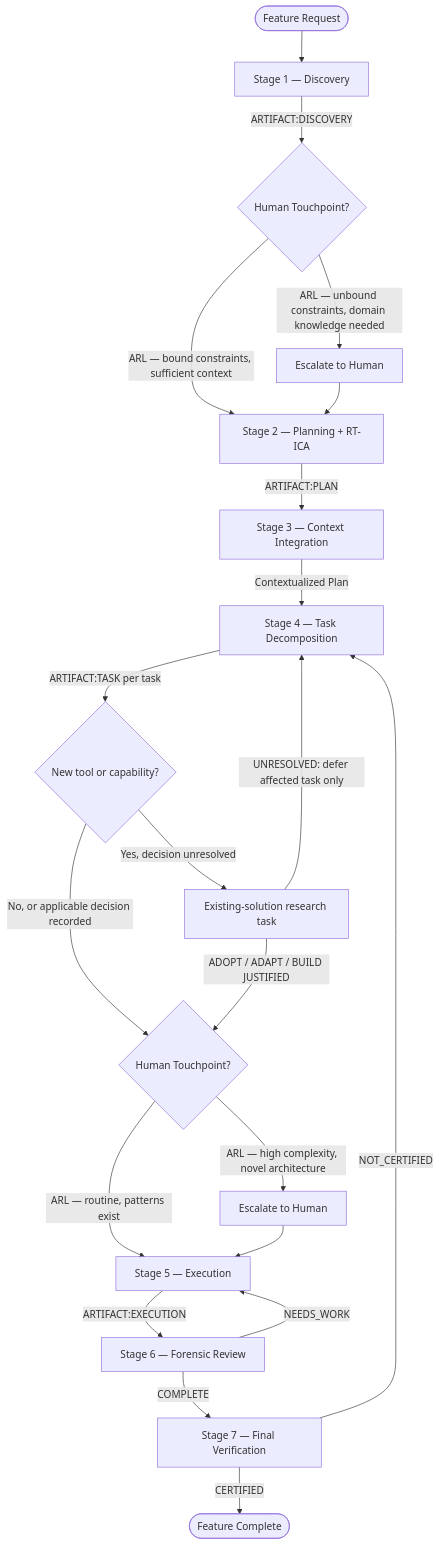
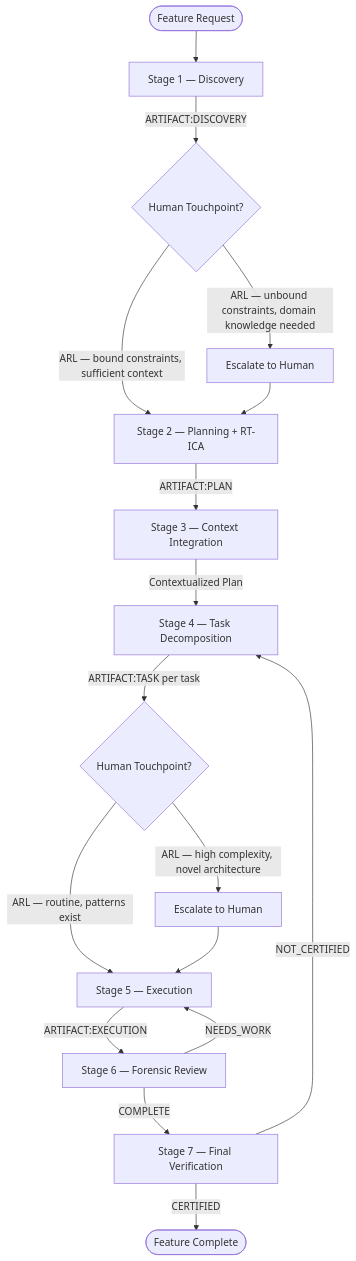
The diagram in plugins/development-harness/skills/dh-meta-docs/references/default-development-flow.md (Jamie-BitFlight/claude_skills), drawn with Mermaid before and after one commit. The commit also changed other lines of this file, not shown here.

Commit message:
refactor(dh): keep reuse gate inside S4 without graph fork

````diff
--- a/plugins/development-harness/skills/dh-meta-docs/references/default-development-flow.md
+++ b/plugins/development-harness/skills/dh-meta-docs/references/default-development-flow.md
@@ -17,23 +17,19 @@
 ```mermaid
 flowchart TD
     Start([Feature Request]) --> S1[Stage 1 — Discovery]
     S1 -->|ARTIFACT:DISCOVERY| HT1{Human Touchpoint?}
     HT1 -->|ARL — unbound constraints, domain knowledge needed| Human1[Escalate to Human]
     HT1 -->|ARL — bound constraints, sufficient context| S2[Stage 2 — Planning + RT-ICA]
     Human1 --> S2
     S2 -->|ARTIFACT:PLAN| S3[Stage 3 — Context Integration]
     S3 -->|Contextualized Plan| S4[Stage 4 — Task Decomposition]
-    S4 -->|ARTIFACT:TASK per task| Reuse{New tool or capability?}
-    Reuse -->|No, or applicable decision recorded| HT2{Human Touchpoint?}
-    Reuse -->|Yes, decision unresolved| Discover[Existing-solution research task]
-    Discover -->|ADOPT / ADAPT / BUILD JUSTIFIED| HT2
-    Discover -->|UNRESOLVED: defer affected task only| S4
+    S4 -->|ARTIFACT:TASK per task| HT2{Human Touchpoint?}
     HT2 -->|ARL — high complexity, novel architecture| Human2[Escalate to Human]
     HT2 -->|ARL — routine, patterns exist| S5[Stage 5 — Execution]
     Human2 --> S5
     S5 -->|ARTIFACT:EXECUTION| S6[Stage 6 — Forensic Review]
     S6 -->|NEEDS_WORK| S5
     S6 -->|COMPLETE| S7[Stage 7 — Final Verification]
     S7 -->|NOT_CERTIFIED| S4
     S7 -->|CERTIFIED| Done([Feature Complete])
 ```
````
